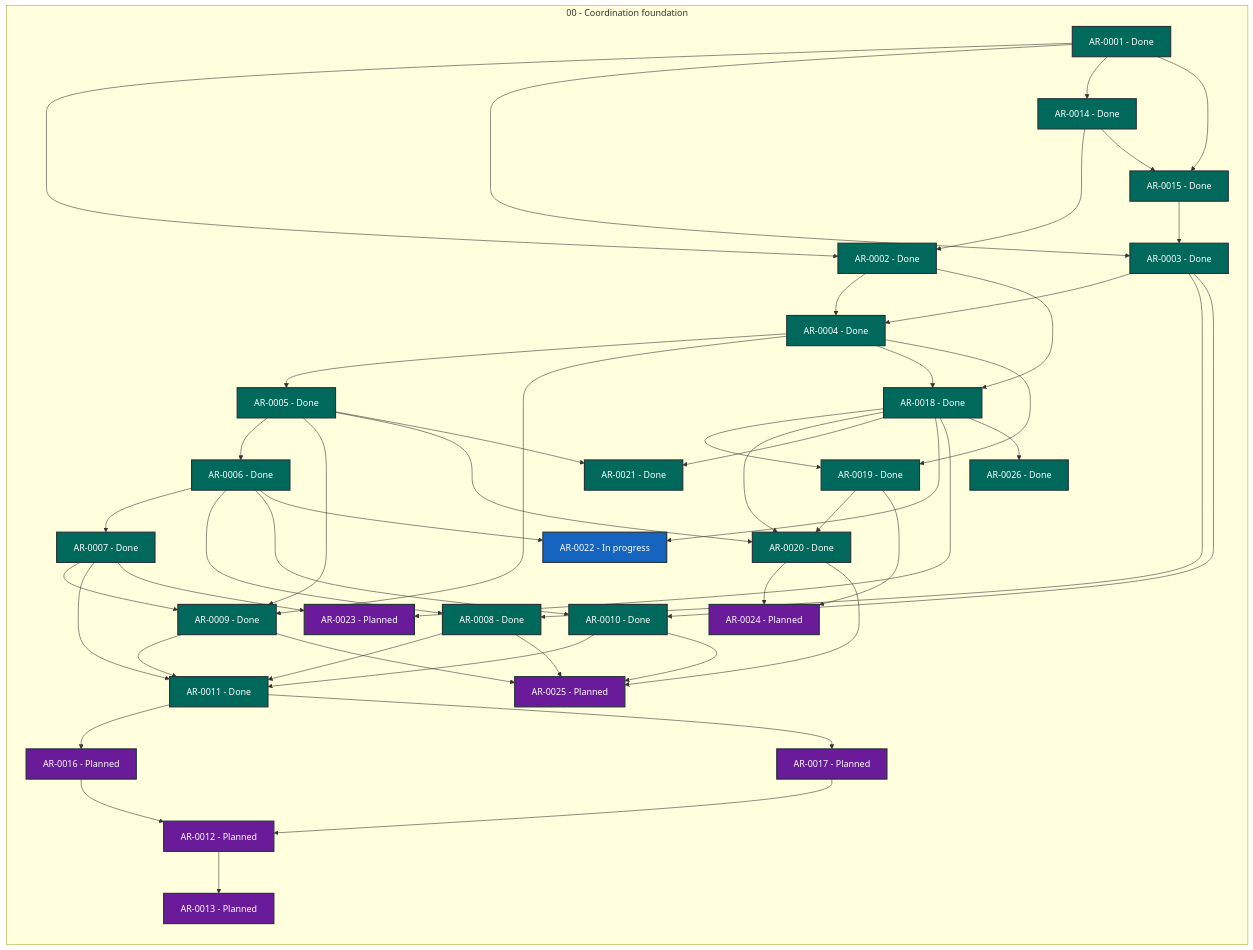
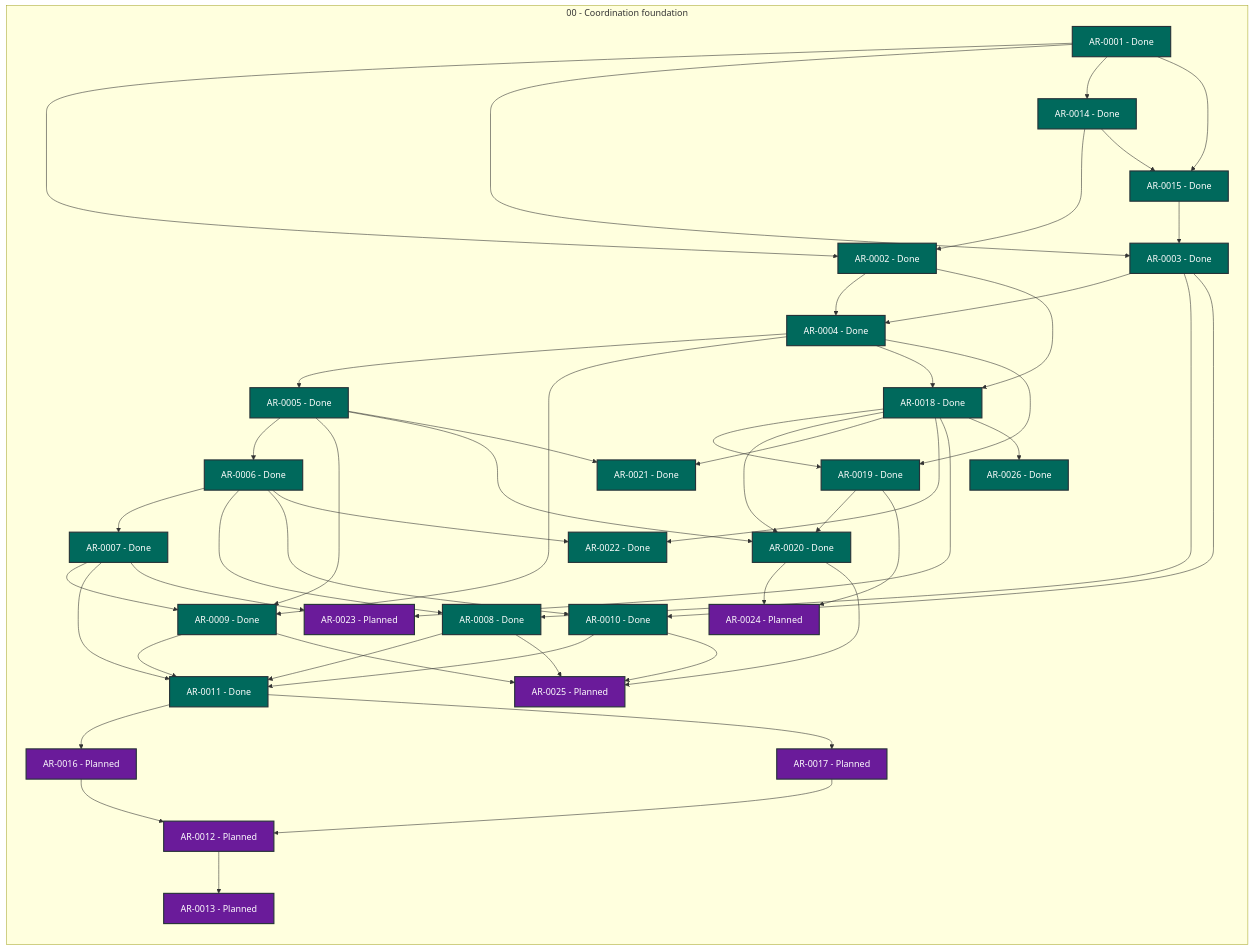
The diagram in STATUS.md (martin-beck/agent-workflow-tui-state), drawn with Mermaid before and after one commit. The commit also changed other lines of this file and 2 other files, not shown here.

```diff
--- a/STATUS.md
+++ b/STATUS.md
@@ -49,7 +49,7 @@
         AR_0019["AR-0019 - Done"]:::status_done
         AR_0020["AR-0020 - Done"]:::status_done
         AR_0021["AR-0021 - Done"]:::status_done
-        AR_0022["AR-0022 - In progress"]:::status_in_progress
+        AR_0022["AR-0022 - Done"]:::status_done
         AR_0023["AR-0023 - Planned"]:::status_planned
         AR_0024["AR-0024 - Planned"]:::status_planned
         AR_0025["AR-0025 - Planned"]:::status_planned
```
